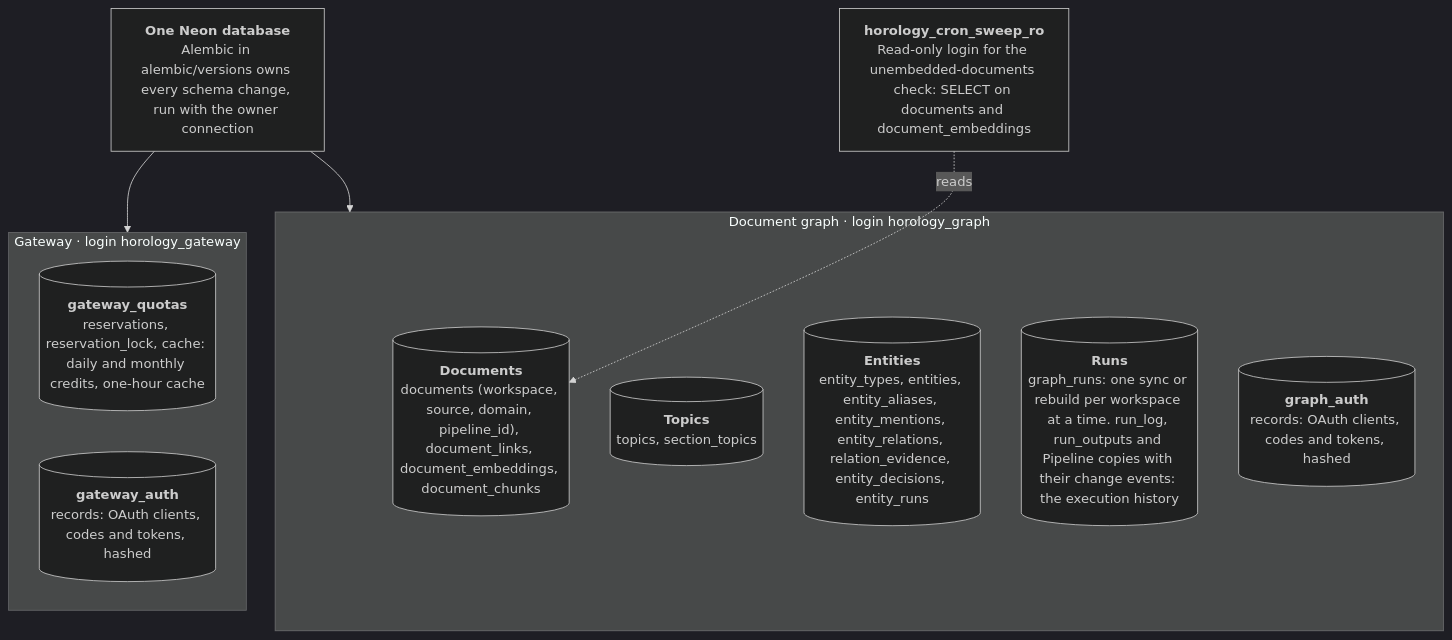
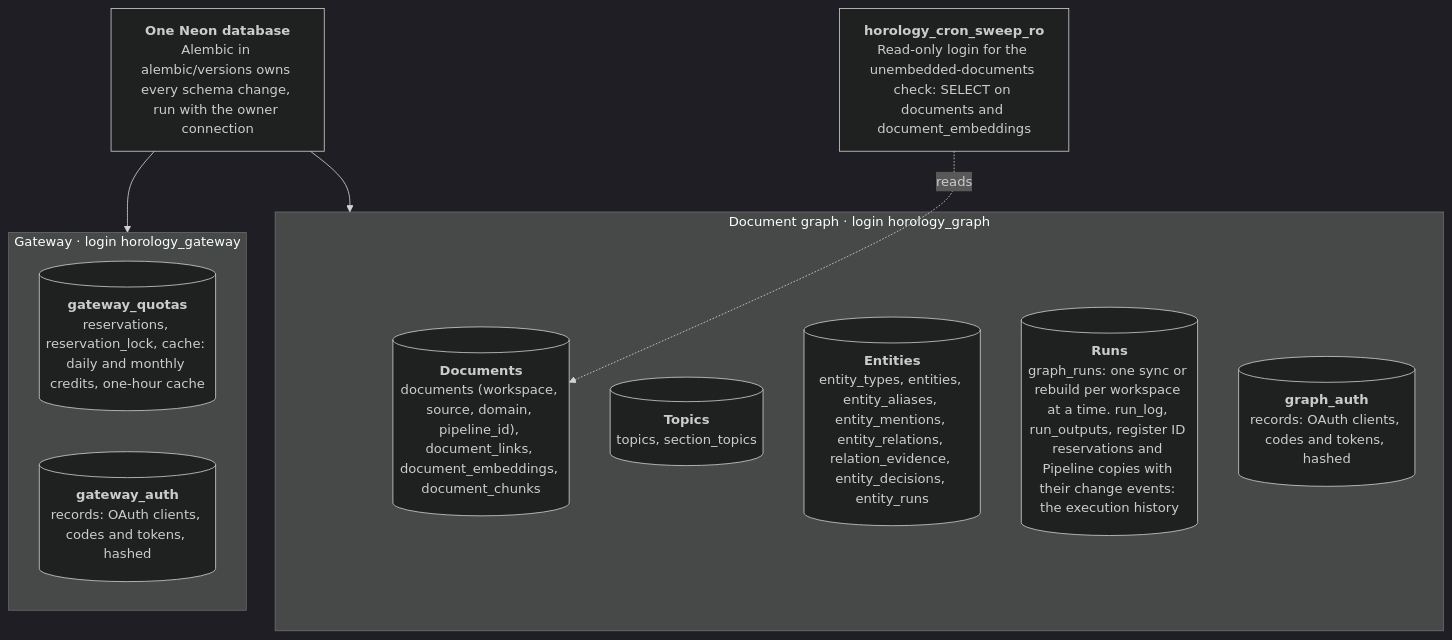
The diagram in docs/architecture/data/data-model.md (Welladino/Horology), drawn with Mermaid (dark theme) before and after one commit. The commit also changed other lines of this file and 26 other files, not shown here.

````diff
--- a/docs/architecture/data/data-model.md
+++ b/docs/architecture/data/data-model.md
@@ -5,19 +5,19 @@
 ```mermaid
 flowchart TB
   db["<b>One Neon database</b><br/>Alembic in alembic/versions owns every schema change, run with the owner connection"]
   subgraph graphdb["Document graph · login horology_graph"]
     docs[("<b>Documents</b><br/>documents (workspace, source, domain, pipeline_id), document_links, document_embeddings, document_chunks")]
     topics[("<b>Topics</b><br/>topics, section_topics")]
     entities[("<b>Entities</b><br/>entity_types, entities, entity_aliases, entity_mentions, entity_relations, relation_evidence, entity_decisions, entity_runs")]
-    runs[("<b>Runs</b><br/>graph_runs: one sync or rebuild per workspace at a time. run_log, run_outputs and Pipeline copies with their change events: the execution history")]
+    runs[("<b>Runs</b><br/>graph_runs: one sync or rebuild per workspace at a time. run_log, run_outputs, register ID reservations and Pipeline copies with their change events: the execution history")]
     gauth[("<b>graph_auth</b><br/>records: OAuth clients, codes and tokens, hashed")]
   end
   subgraph gateway["Gateway · login horology_gateway"]
     quotas[("<b>gateway_quotas</b><br/>reservations, reservation_lock, cache: daily and monthly credits, one-hour cache")]
     gwauth[("<b>gateway_auth</b><br/>records: OAuth clients, codes and tokens, hashed")]
   end
   sweep["<b>horology_cron_sweep_ro</b><br/>Read-only login for the unembedded-documents check: SELECT on documents and document_embeddings"]
   db --> graphdb
   db --> gateway
   sweep -. reads .-> docs
 ```
````
